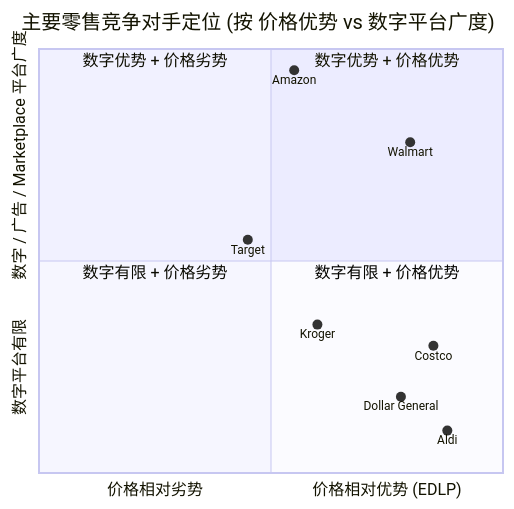
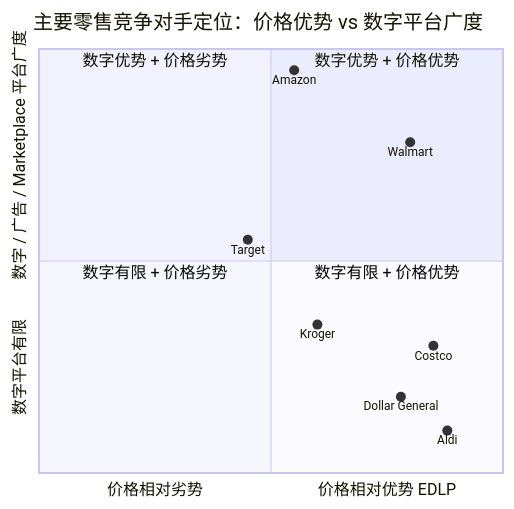
The seventh of 8 diagrams in reports/company/Walmart_NYSE_WMT/Walmart_NYSE_WMT_公司研究.md (dadachundan/financial_agent), drawn with Mermaid before and after one commit. The commit also changed other lines of this file and 14 other files, not shown here.

````diff
--- a/reports/company/Walmart_NYSE_WMT/Walmart_NYSE_WMT_公司研究.md
+++ b/reports/company/Walmart_NYSE_WMT/Walmart_NYSE_WMT_公司研究.md
@@ -265,17 +424,17 @@
 ```mermaid
 quadrantChart
-  title 主要零售竞争对手定位 (按 价格优势 vs 数字平台广度)
-  x-axis "价格相对劣势" --> "价格相对优势 (EDLP)"
+  title 主要零售竞争对手定位：价格优势 vs 数字平台广度
+  x-axis "价格相对劣势" --> "价格相对优势 EDLP"
   y-axis "数字平台有限" --> "数字 / 广告 / Marketplace 平台广度"
   quadrant-1 "数字优势 + 价格优势"
   quadrant-2 "数字优势 + 价格劣势"
   quadrant-3 "数字有限 + 价格劣势"
   quadrant-4 "数字有限 + 价格优势"
   Walmart: [0.80, 0.78]
   Amazon: [0.55, 0.95]
   Costco: [0.85, 0.30]
   Target: [0.45, 0.55]
   Kroger: [0.60, 0.35]
   Dollar General: [0.78, 0.18]
   Aldi: [0.88, 0.10]
 ```
````
